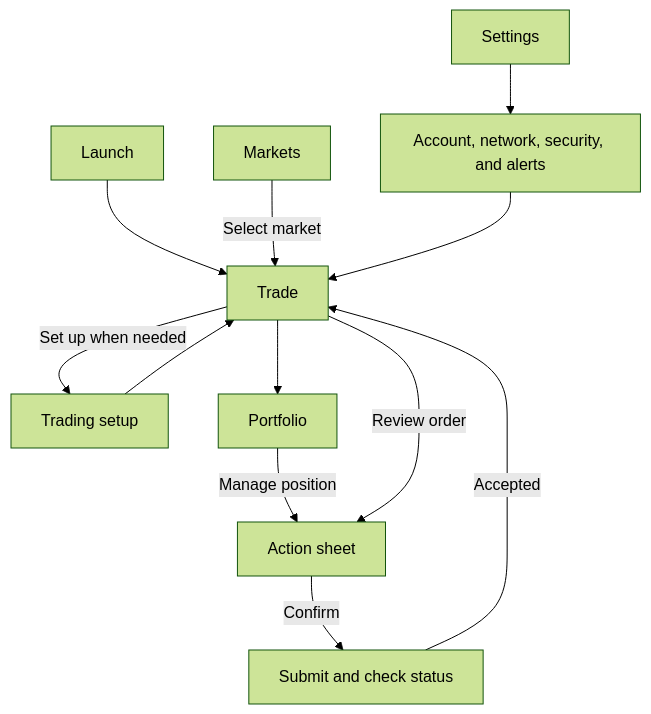
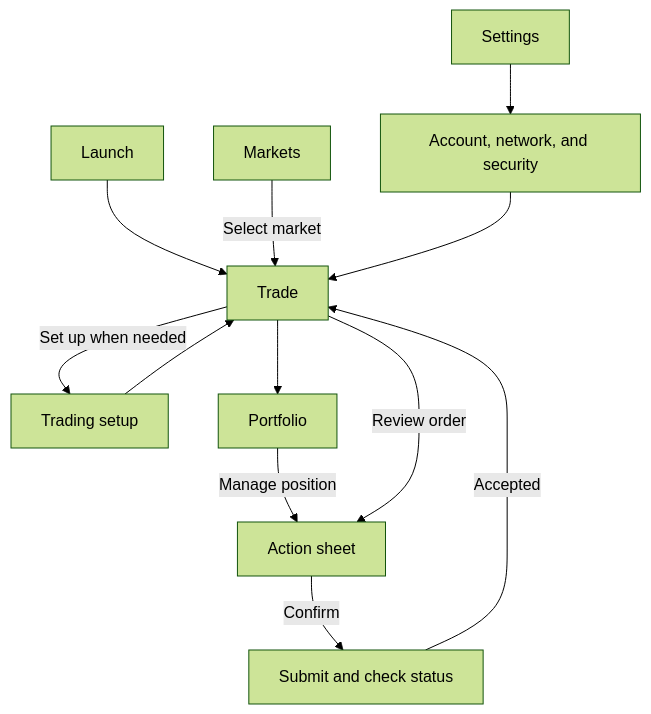
The diagram in docs/design/mobile-screen-system.md (stonega/hyper-trader), drawn with Mermaid (forest theme) before and after one commit. The commit also changed other lines of this file and 28 other files, not shown here.

````diff
--- a/docs/design/mobile-screen-system.md
+++ b/docs/design/mobile-screen-system.md
@@ -37,14 +37,14 @@
 ```mermaid
 flowchart TB
   Launch[Launch] --> Trade[Trade]
   Trade -->|Set up when needed| Setup[Trading setup]
   Setup --> Trade
   Markets[Markets] -->|Select market| Trade
   Trade --> Portfolio[Portfolio]
   Portfolio -->|Manage position| Review[Action sheet]
   Trade -->|Review order| Review
   Review -->|Confirm| Submit[Submit and check status]
   Submit -->|Accepted| Trade
-  Settings[Settings] --> Context[Account, network, security, and alerts]
+  Settings[Settings] --> Context[Account, network, and security]
   Context --> Trade
 ```
````
